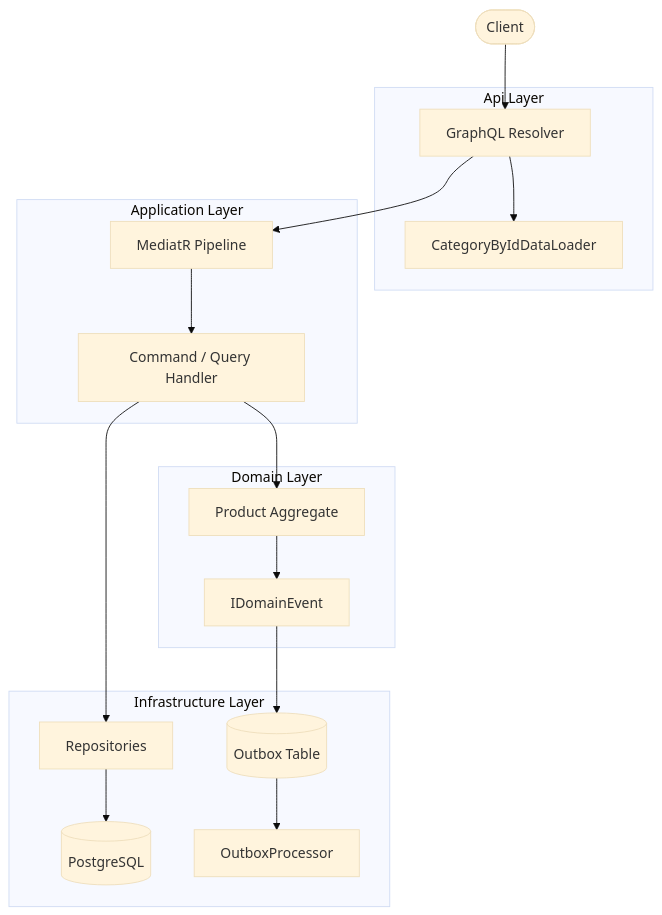
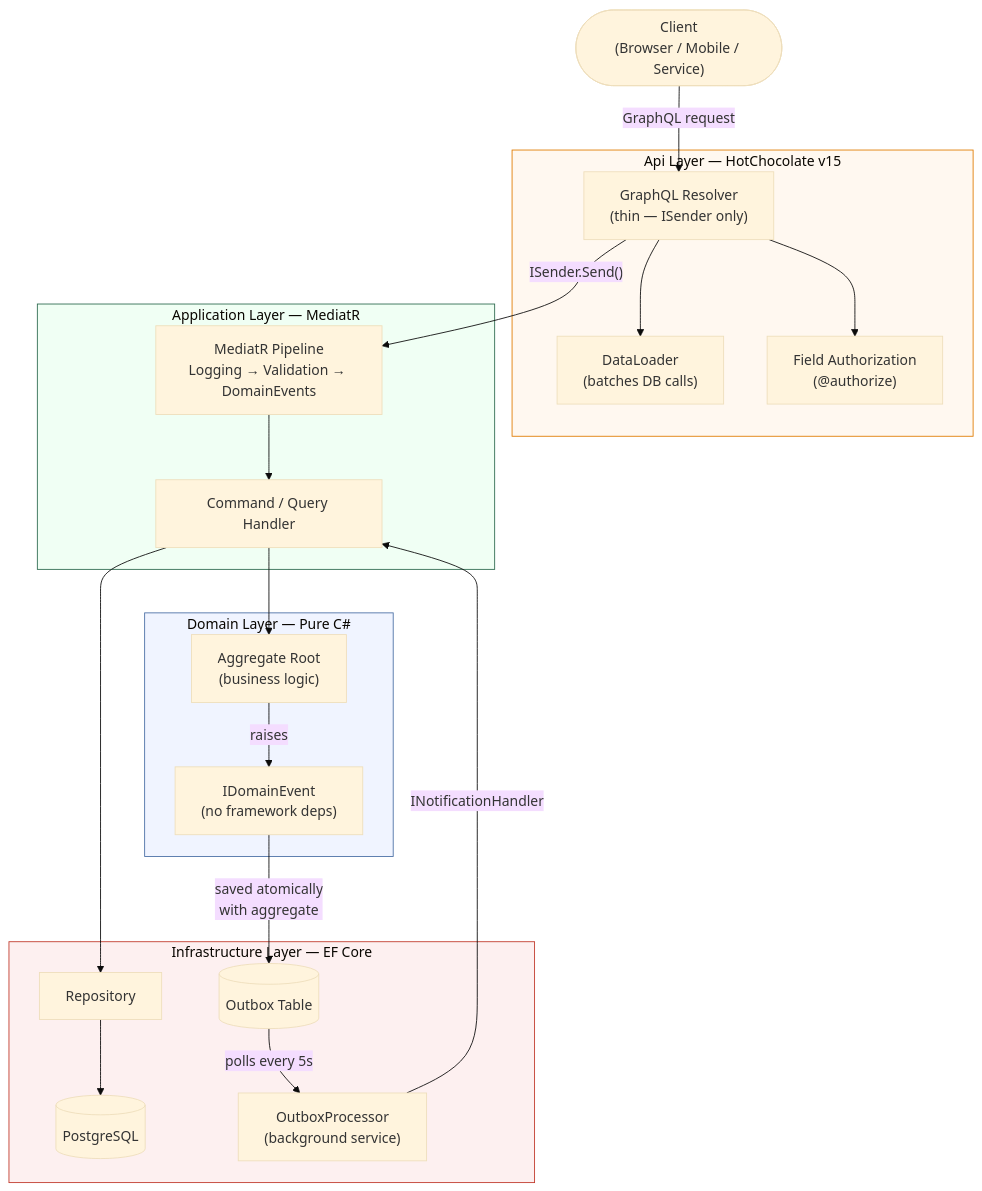
Before and after one commit to aniketljoshi/hotchocolate-ddd-cqrs-template: the first of 2 diagrams in docs/architecture.md, drawn with Mermaid (base theme). The commit also changed other lines of this file and 20 other files, not shown here.

First line of the commit message:
Add field-level auth for Product costPrice; doc & infra

````diff
--- a/docs/architecture.md
+++ b/docs/architecture.md
@@ -12,37 +12,45 @@
 ```mermaid
 flowchart TD
-    Client(["Client"])
+    Client(["Client\n(Browser / Mobile / Service)"])
 
-    subgraph API["Api Layer"]
-        Resolver["GraphQL Resolver"]
-        DL["CategoryByIdDataLoader"]
+    subgraph API["Api Layer — HotChocolate v15"]
+        Resolver["GraphQL Resolver\n(thin — ISender only)"]
+        DL["DataLoader\n(batches DB calls)"]
+        Auth["Field Authorization\n(@authorize)"]
     end
 
-    subgraph APP["Application Layer"]
-        Pipeline["MediatR Pipeline"]
+    subgraph APP["Application Layer — MediatR"]
+        Pipeline["MediatR Pipeline\nLogging → Validation → DomainEvents"]
         Handler["Command / Query Handler"]
     end
 
-    subgraph DOMAIN["Domain Layer"]
-        Aggregate["Product Aggregate"]
-        DomainEvent["IDomainEvent"]
+    subgraph DOMAIN["Domain Layer — Pure C#"]
+        Aggregate["Aggregate Root\n(business logic)"]
+        DomainEvent["IDomainEvent\n(no framework deps)"]
     end
 
-    subgraph INFRA["Infrastructure Layer"]
+    subgraph INFRA["Infrastructure Layer — EF Core"]
         DB[("PostgreSQL")]
         Outbox[("Outbox Table")]
-        Processor["OutboxProcessor"]
-        Repo["Repositories"]
+        Processor["OutboxProcessor\n(background service)"]
+        Repo["Repository"]
     end
 
-    Client --> Resolver
-    Resolver --> DL
-    Resolver --> Pipeline
+    Client -->|"GraphQL request"| Resolver
+    Resolver -->|"ISender.Send()"| Pipeline
     Pipeline --> Handler
     Handler --> Aggregate
-    Aggregate --> DomainEvent
+    Aggregate -->|"raises"| DomainEvent
     Handler --> Repo
     Repo --> DB
-    DomainEvent --> Outbox
-    Outbox --> Processor
+    DomainEvent -->|"saved atomically\nwith aggregate"| Outbox
+    Outbox -->|"polls every 5s"| Processor
+    Processor -->|"INotificationHandler"| Handler
+    Resolver --> DL
+    Resolver --> Auth
+
+    style DOMAIN fill:#f0f4ff,stroke:#4a6fa5
+    style APP fill:#f0fff4,stroke:#2d6a4f
+    style API fill:#fff8f0,stroke:#e07b00
+    style INFRA fill:#fdf0f0,stroke:#c0392b
 ```
````
